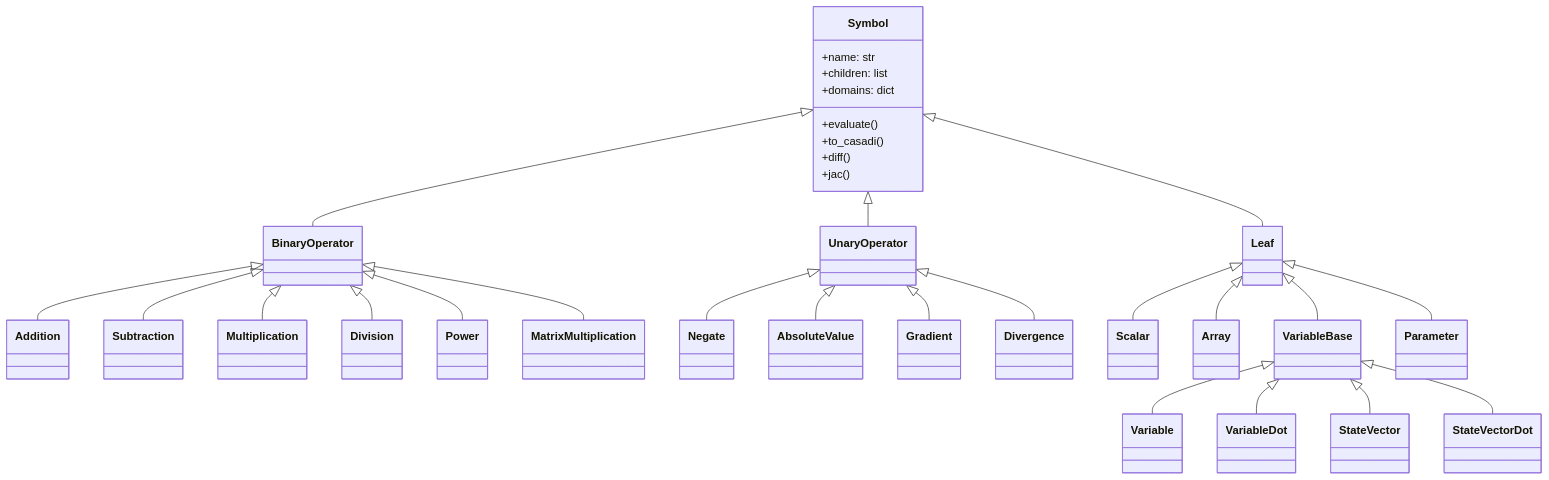
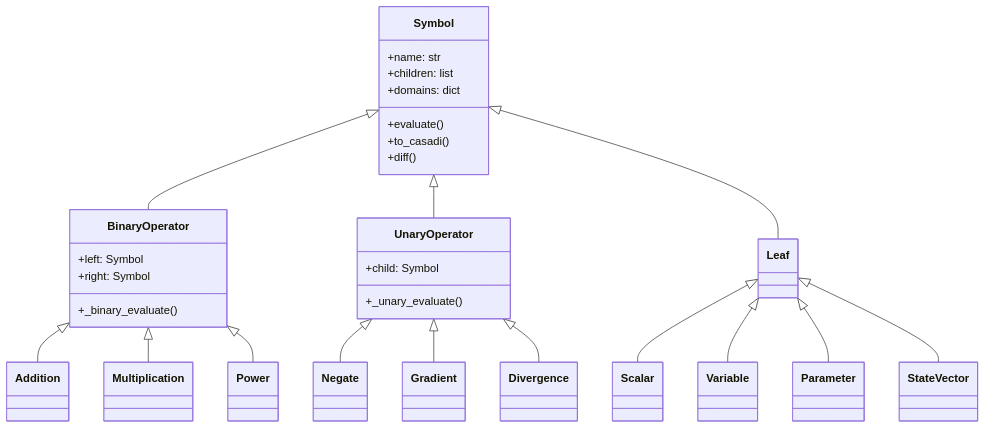
One commit to Breezyryu/PyBaMM-ex changed the second of 7 diagrams in examples/ryu/Phase1_패키지_구조_분석.md. Above: the diagram before and after it, drawn with Mermaid. The commit also changed other lines of this file and 3 other files, not shown here.

````diff
--- a/examples/ryu/Phase1_패키지_구조_분석.md
+++ b/examples/ryu/Phase1_패키지_구조_분석.md
@@ -85,38 +128,39 @@
 ```mermaid
 classDiagram
     class Symbol {
         +name: str
         +children: list
         +domains: dict
         +evaluate()
         +to_casadi()
         +diff()
-        +jac()
     }
     
     Symbol <|-- BinaryOperator
     Symbol <|-- UnaryOperator
     Symbol <|-- Leaf
     
+    class BinaryOperator {
+        +left: Symbol
+        +right: Symbol
+        +_binary_evaluate()
+    }
+    
+    class UnaryOperator {
+        +child: Symbol
+        +_unary_evaluate()
+    }
+    
     BinaryOperator <|-- Addition
-    BinaryOperator <|-- Subtraction
     BinaryOperator <|-- Multiplication
-    BinaryOperator <|-- Division
     BinaryOperator <|-- Power
-    BinaryOperator <|-- MatrixMultiplication
     
     UnaryOperator <|-- Negate
-    UnaryOperator <|-- AbsoluteValue
     UnaryOperator <|-- Gradient
     UnaryOperator <|-- Divergence
     
     Leaf <|-- Scalar
-    Leaf <|-- Array
-    Leaf <|-- VariableBase
+    Leaf <|-- Variable
     Leaf <|-- Parameter
-    
-    VariableBase <|-- Variable
-    VariableBase <|-- VariableDot
-    VariableBase <|-- StateVector
-    VariableBase <|-- StateVectorDot
+    Leaf <|-- StateVector
 ```
````
